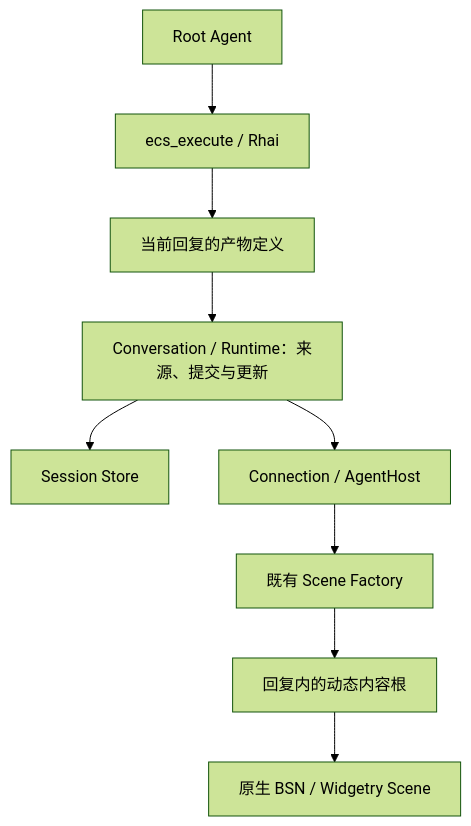
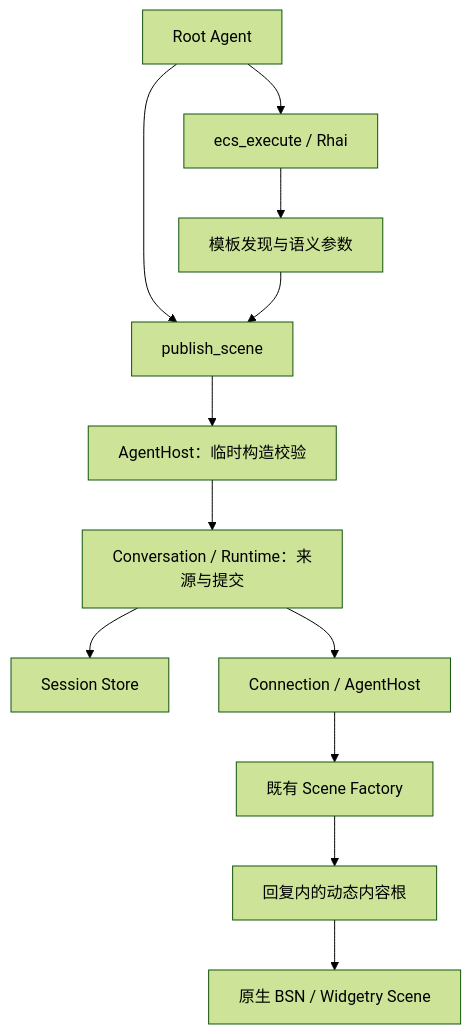
Before and after one commit to slc90/Agentelier: the first of 2 diagrams in docs/design/assistant-content/04-dynamic-scenes.md, drawn with Mermaid (forest theme). The commit also changed other lines of this file and 28 other files, not shown here.

````diff
--- a/docs/design/assistant-content/04-dynamic-scenes.md
+++ b/docs/design/assistant-content/04-dynamic-scenes.md
@@ -9,11 +9,14 @@
 ```mermaid
 flowchart TD
     Model["Root Agent"] --> Rhai["ecs_execute / Rhai"]
-    Rhai --> Source["当前回复的产物定义"]
-    Source --> Owner["Conversation / Runtime：来源、提交与更新"]
+    Rhai --> Source["模板发现与语义参数"]
+    Model --> Publish["publish_scene"]
+    Source --> Publish
+    Publish --> Validate["AgentHost：临时构造校验"]
+    Validate --> Owner["Conversation / Runtime：来源与提交"]
     Owner --> Store["Session Store"]
     Owner --> Host["Connection / AgentHost"]
     Host --> Factory["既有 Scene Factory"]
     Factory --> Root["回复内的动态内容根"]
     Root --> Widget["原生 BSN / Widgetry Scene"]
 ```
````
